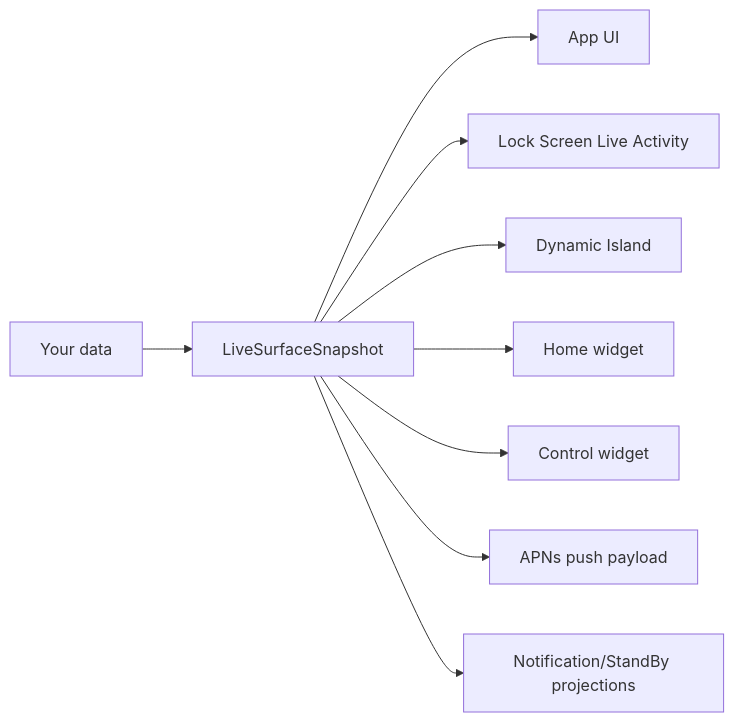
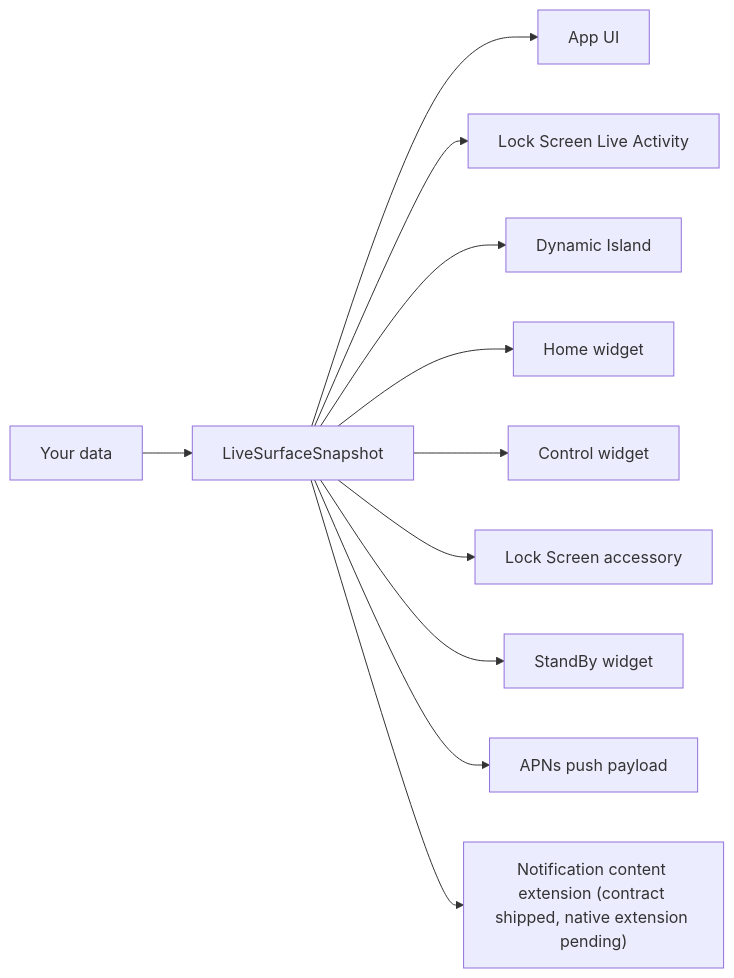
One commit to glendonC/mobile-surfaces changed the diagram in README.md. Above: the diagram before and after it, drawn with Mermaid. The commit also changed 20 other files, not shown here.

````diff
--- a/README.md
+++ b/README.md
@@ -134,11 +134,13 @@
 ```mermaid
 flowchart LR
   Data["Your data"] --> Snapshot["LiveSurfaceSnapshot"]
   Snapshot --> App["App UI"]
   Snapshot --> Lock["Lock Screen Live Activity"]
   Snapshot --> Island["Dynamic Island"]
   Snapshot --> Widget["Home widget"]
   Snapshot --> Control["Control widget"]
+  Snapshot --> Accessory["Lock Screen accessory"]
+  Snapshot --> Standby["StandBy widget"]
   Snapshot --> APNs["APNs push payload"]
-  Snapshot --> Future["Notification/StandBy projections"]
+  Snapshot --> Future["Notification content extension (contract shipped, native extension pending)"]
 ```
````
